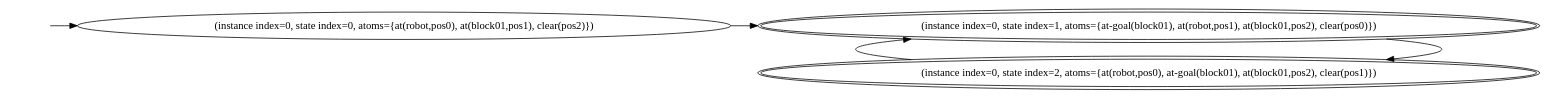
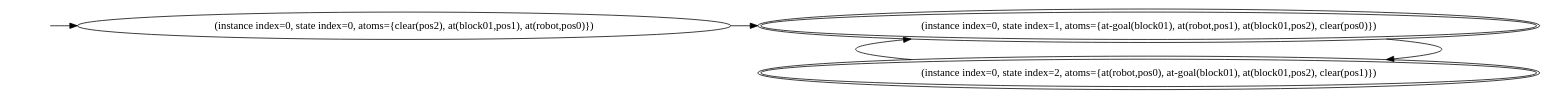
Before and after one commit to rakhmanu/sketch-learner-pymimir1: the diagram in workspace/0.dot, drawn with Graphviz. The commit also changed 100 other files, not shown here.

```diff
--- a/workspace/0.dot
+++ b/workspace/0.dot
@@ -1,18 +1,18 @@
 digraph {
 rankdir="LR"
-s0[label="(instance index=0, state index=0, atoms={at(robot,pos0), at(block01,pos1), clear(pos2)})"]
+s0[label="(instance index=0, state index=0, atoms={clear(pos2), at(block01,pos1), at(robot,pos0)})"]
 s1[peripheries=2,label="(instance index=0, state index=1, atoms={at-goal(block01), at(robot,pos1), at(block01,pos2), clear(pos0)})"]
 s2[peripheries=2,label="(instance index=0, state index=2, atoms={at(robot,pos0), at-goal(block01), at(block01,pos2), clear(pos1)})"]
 Dangling [ label = "", style = invis ]
 { rank = same; Dangling }
 Dangling -> s0
 { rank = same; s0}
 { rank = same; s1,s2}
 {
 s0->s1
 }
 {
 s1->s2
 s2->s1
 }
 }
```
